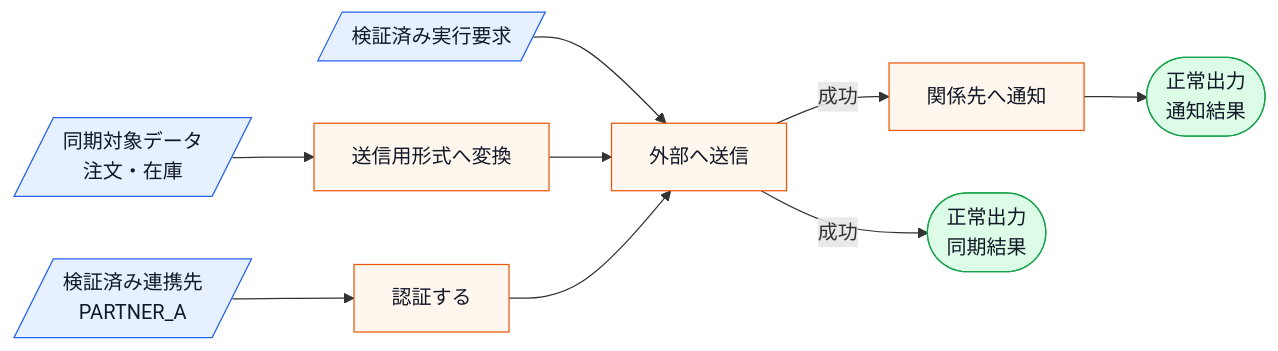
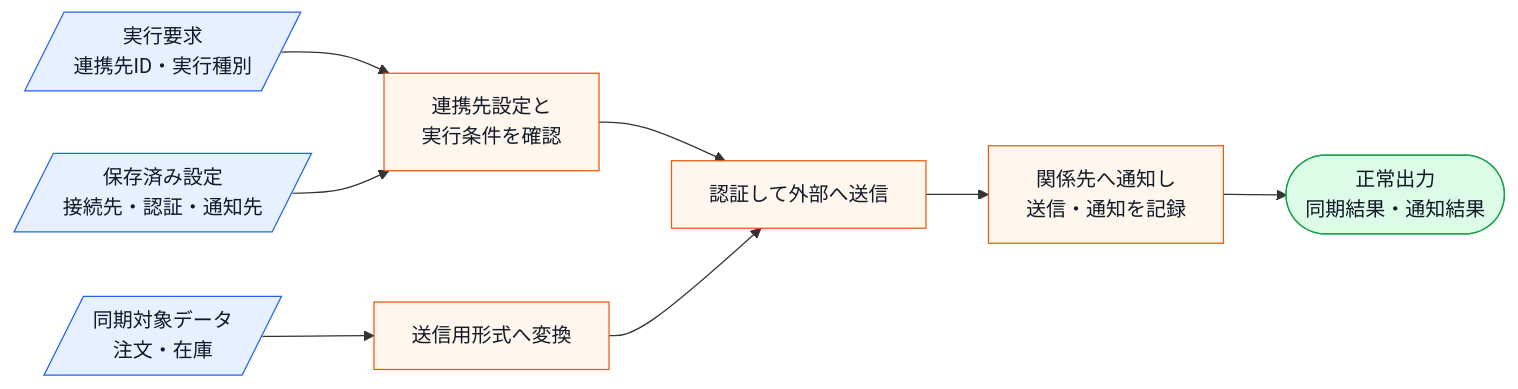
The second of 12 diagrams in kindle/design-patterns/output/chapter10.md (kumachan1101-pixel/DesignPattern), drawn with Mermaid before and after one commit. The commit also changed other lines of this file and 6 other files, not shown here.

Commit message:
第10章のシステム仕様図を整理し全章監査をタスク化

````diff
--- a/kindle/design-patterns/output/chapter10.md
+++ b/kindle/design-patterns/output/chapter10.md
@@ -68,16 +89,14 @@
 ```mermaid
 flowchart LR
-    A[/検証済み連携先<br>PARTNER_A/]:::input --> G[認証する]:::process
-    C[/同期対象データ<br>注文・在庫/]:::input --> D[送信用形式へ変換]:::process
-    E[/検証済み実行要求/]:::input --> H
-    D --> H[外部へ送信]:::process
-    G --> H
-    H -->|成功| I[関係先へ通知]:::process
-    H -->|成功| J([正常出力<br>同期結果]):::normal
-    I --> K([正常出力<br>通知結果]):::normal
+    A[/"実行要求<br>連携先ID・実行種別"/]:::input --> C["連携先設定と<br>実行条件を確認"]:::process
+    B[/"保存済み設定<br>接続先・認証・通知先"/]:::input --> C
+    D[/"同期対象データ<br>注文・在庫"/]:::input --> E["送信用形式へ変換"]:::process
+    C --> F["認証して外部へ送信"]:::process
+    E --> F
+    F --> G["関係先へ通知し<br>送信・通知を記録"]:::process
+    G --> H(["正常出力<br>同期結果・通知結果"]):::normal
 
     classDef input fill:#e7f0ff,stroke:#2563eb,color:#111827;
     classDef process fill:#fff7ed,stroke:#ea580c,color:#111827;
-    classDef decision fill:#fef9c3,stroke:#ca8a04,color:#111827;
     classDef normal fill:#dcfce7,stroke:#16a34a,color:#111827;
 ```
````
